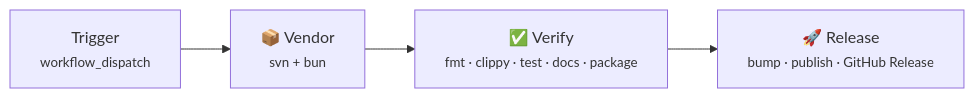
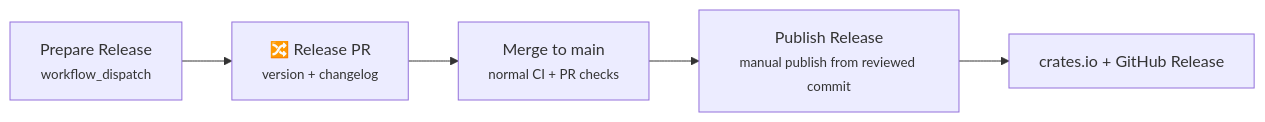
One commit to fang2hou/wow-sharedmedia changed the diagram in PUBLISHING.md. Above: the diagram before and after it, drawn with Mermaid. The commit also changed other lines of this file and 5 other files, not shown here.

````diff
--- a/PUBLISHING.md
+++ b/PUBLISHING.md
@@ -17,6 +34,7 @@
 ```mermaid
 flowchart LR
-    A["Trigger<br/><small>workflow_dispatch</small>"] --> B["📦 Vendor<br/><small>svn + bun</small>"]
-    B --> C["✅ Verify<br/><small>fmt · clippy · test · docs · package</small>"]
-    C --> D["🚀 Release<br/><small>bump · publish · GitHub Release</small>"]
+    A["Prepare Release<br/><small>workflow_dispatch</small>"] --> B["🔀 Release PR<br/><small>version + changelog</small>"]
+    B --> C["Merge to main<br/><small>normal CI + PR checks</small>"]
+    C --> D["Publish Release<br/><small>manual publish from reviewed commit</small>"]
+    D --> E["crates.io + GitHub Release"]
 ```
````
